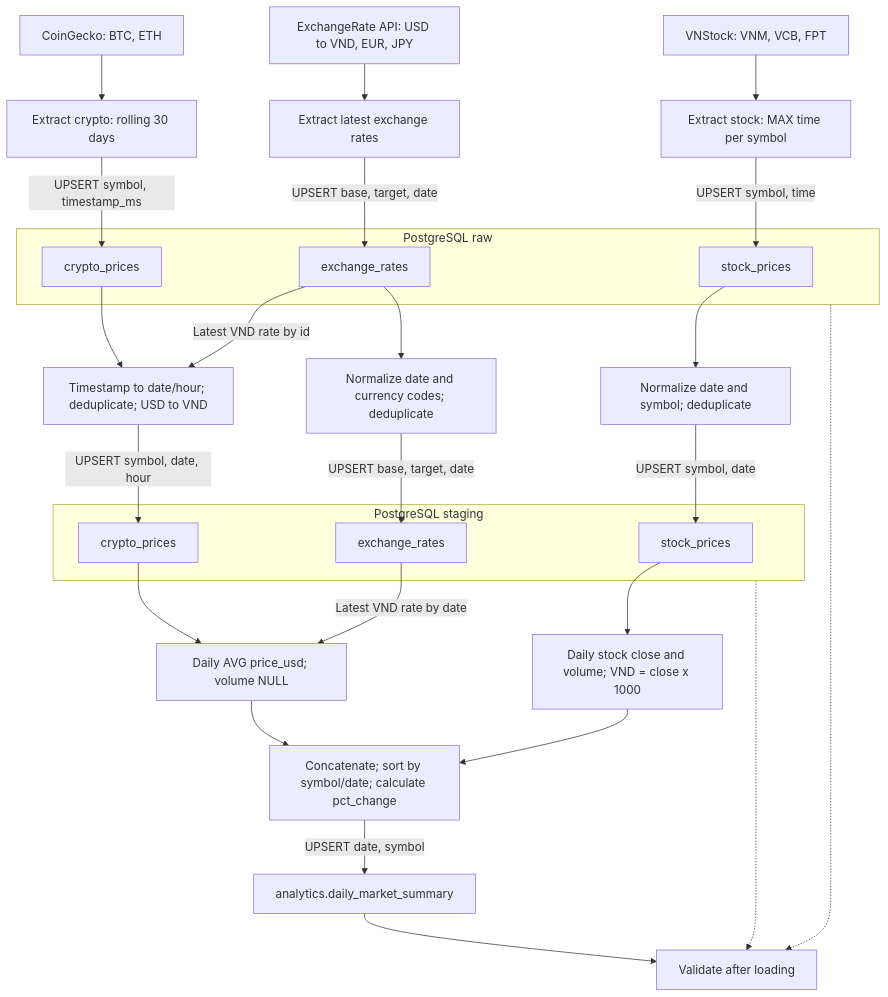
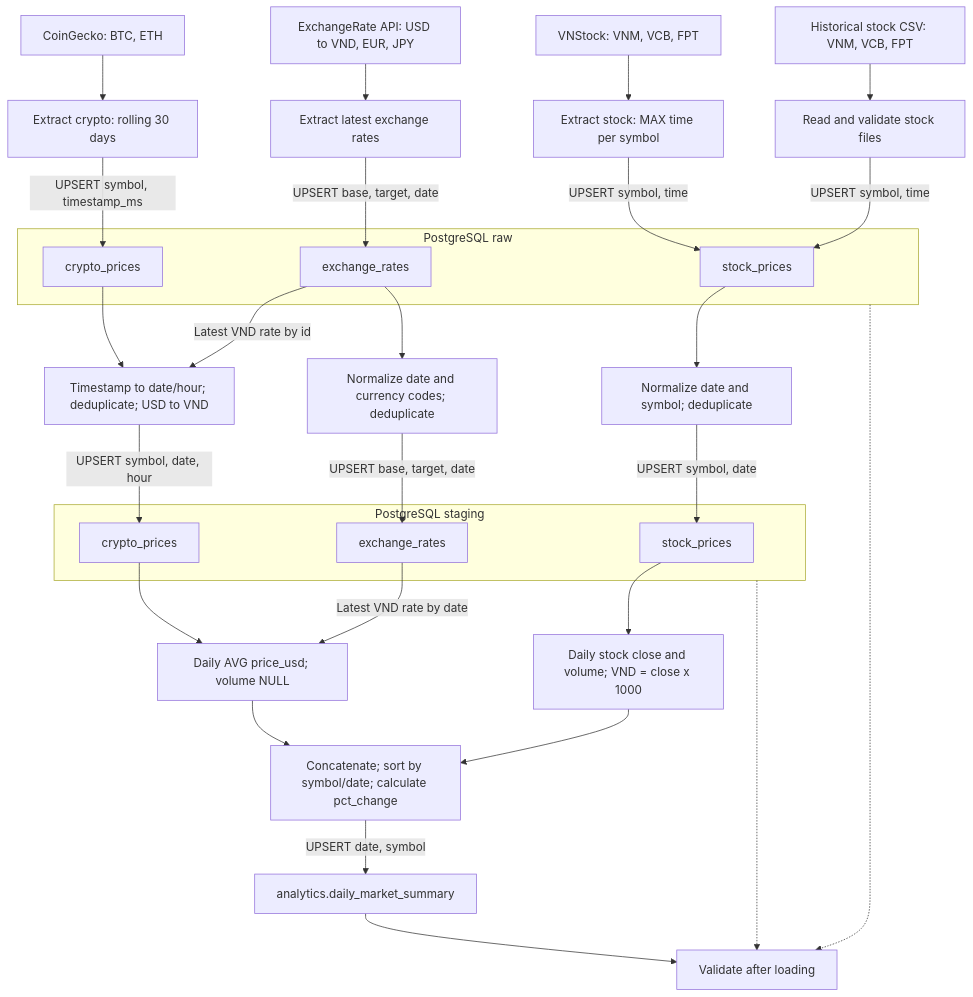
Before and after one commit to ntthach-hub/vn_market_data_pipeline: the diagram in docs/data-flow.md, drawn with Mermaid. The commit also changed other lines of this file and 12 other files, not shown here.

Commit message:
Add CSV stock ingestion and verify the market data pipeline

````diff
--- a/docs/data-flow.md
+++ b/docs/data-flow.md
@@ -5,39 +5,41 @@
 ```mermaid
 flowchart TD
     VN[VNStock: VNM, VCB, FPT] --> ES[Extract stock: MAX time per symbol]
+    CSV[Historical stock CSV: VNM, VCB, FPT] --> CS[Read and validate stock files]
     CG[CoinGecko: BTC, ETH] --> EC[Extract crypto: rolling 30 days]
     FX[ExchangeRate API: USD to VND, EUR, JPY] --> EF[Extract latest exchange rates]
 
     subgraph RAW[PostgreSQL raw]
         RS[stock_prices]
         RC[crypto_prices]
         RF[exchange_rates]
     end
     ES -->|UPSERT symbol, time| RS
+    CS -->|UPSERT symbol, time| RS
     EC -->|UPSERT symbol, timestamp_ms| RC
     EF -->|UPSERT base, target, date| RF
 
     RS --> TS[Normalize date and symbol; deduplicate]
     RC --> TC[Timestamp to date/hour; deduplicate; USD to VND]
     RF -->|Latest VND rate by id| TC
     RF --> TF[Normalize date and currency codes; deduplicate]
 
     subgraph STAGING[PostgreSQL staging]
         SS[stock_prices]
         SC[crypto_prices]
         SF[exchange_rates]
     end
     TS -->|UPSERT symbol, date| SS
     TC -->|UPSERT symbol, date, hour| SC
     TF -->|UPSERT base, target, date| SF
 
     SS --> LS[Daily stock close and volume; VND = close x 1000]
     SC --> LC[Daily AVG price_usd; volume NULL]
     SF -->|Latest VND rate by date| LC
     LS --> MERGE[Concatenate; sort by symbol/date; calculate pct_change]
     LC --> MERGE
     MERGE -->|UPSERT date, symbol| A[analytics.daily_market_summary]
     A --> V[Validate after loading]
     RAW -.-> V
     STAGING -.-> V
 ```
````
